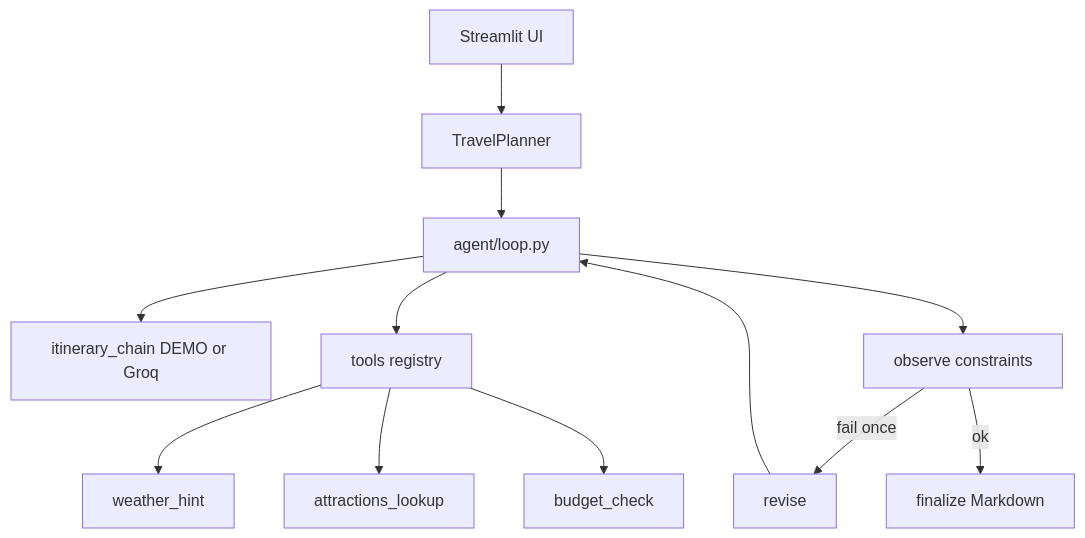
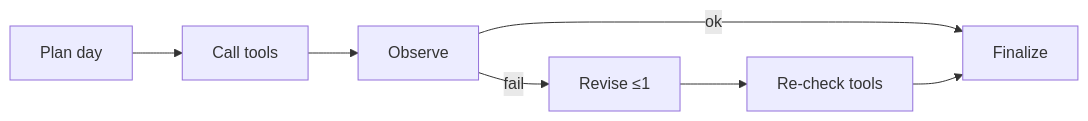
One commit to ArchanaChetan07/AI-Travel-Planner changed the diagram in README.md. Above: the diagram before and after it, drawn with Mermaid. The commit also changed other lines of this file and 1 other file, not shown here.

First line of the commit message:
Rewrite README with verified 40-run DEMO_MODE success and latency metrics.

````diff
--- a/README.md
+++ b/README.md
@@ -28,14 +27,9 @@
 ```mermaid
-flowchart TD
-  UI[Streamlit UI] --> P[TravelPlanner]
-  P --> L[agent/loop.py]
-  L --> C[itinerary_chain DEMO or Groq]
-  L --> T[tools registry]
-  T --> W[weather_hint]
-  T --> A[attractions_lookup]
-  T --> B[budget_check]
-  L --> O[observe constraints]
-  O -->|fail once| R[revise]
-  R --> L
-  O -->|ok| F[finalize Markdown]
+flowchart LR
+  P[Plan day] --> T[Call tools]
+  T --> O[Observe]
+  O -->|ok| F[Finalize]
+  O -->|fail| R[Revise ≤1]
+  R --> T2[Re-check tools]
+  T2 --> F
 ```
````
